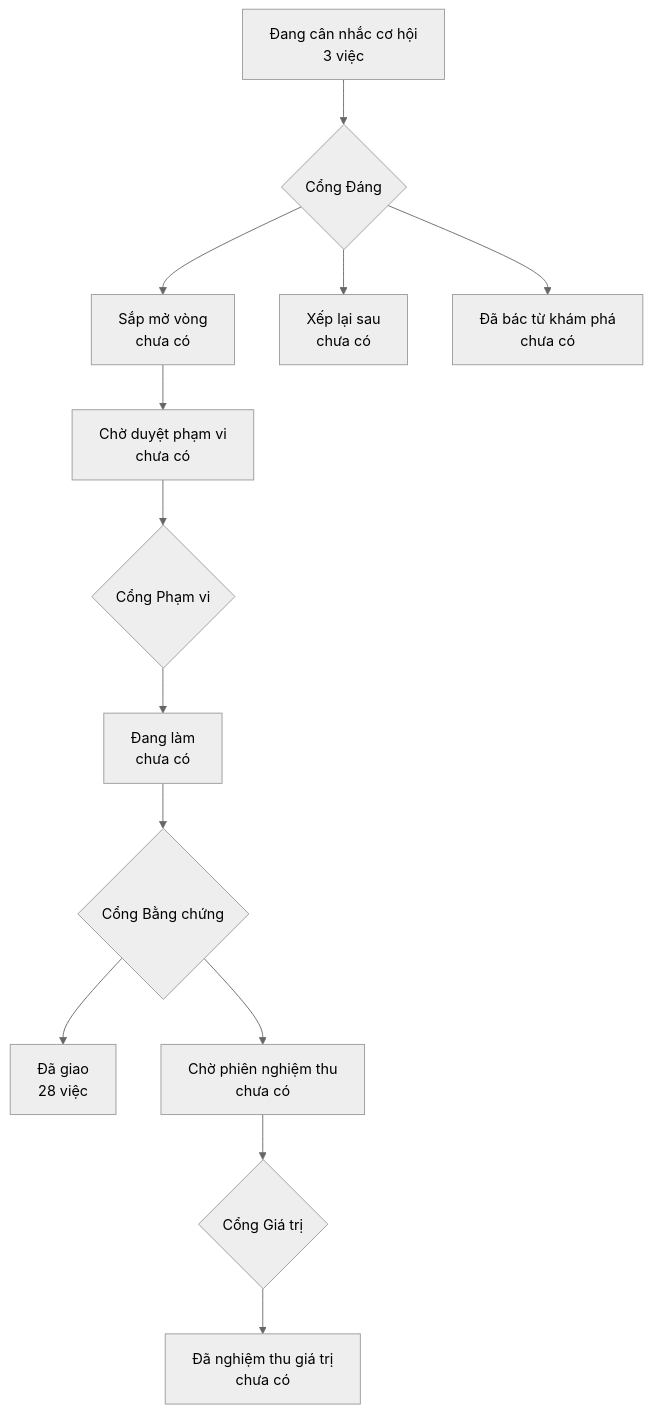
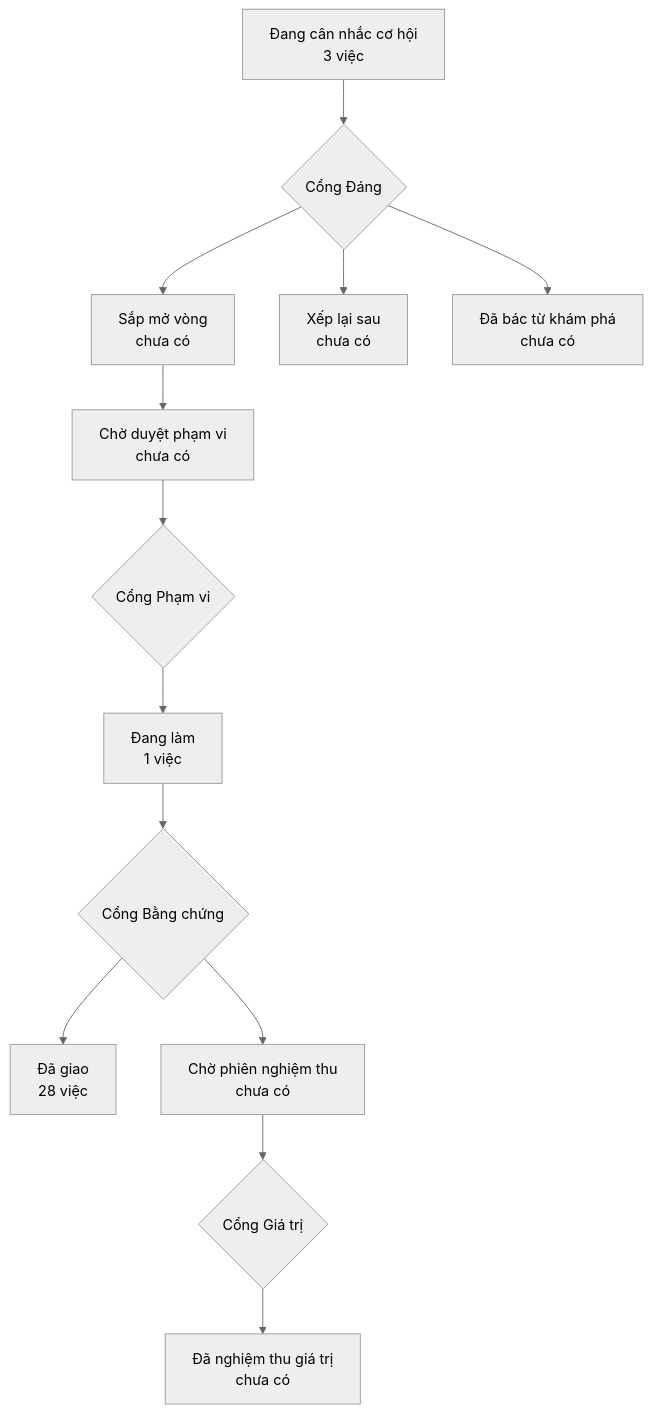
Before and after one commit to phanlemanh/OneFlow: the diagram in PRODUCT-MAP.md, drawn with Mermaid (neutral theme). The commit also changed other lines of this file and 8 other files, not shown here.

````diff
--- a/PRODUCT-MAP.md
+++ b/PRODUCT-MAP.md
@@ -6,12 +6,12 @@
 ```mermaid
 flowchart TD
   A["Đang cân nhắc cơ hội<br/>3 việc"] --> GD{"Cổng Đáng"}
   GD --> B["Sắp mở vòng<br/>chưa có"]
   GD --> XL["Xếp lại sau<br/>chưa có"]
   GD --> DB["Đã bác từ khám phá<br/>chưa có"]
   B --> CD["Chờ duyệt phạm vi<br/>chưa có"] --> GP{"Cổng Phạm vi"}
-  GP --> DL["Đang làm<br/>chưa có"] --> GB{"Cổng Bằng chứng"}
+  GP --> DL["Đang làm<br/>1 việc"] --> GB{"Cổng Bằng chứng"}
   GB --> DG["Đã giao<br/>28 việc"]
   GB --> CN["Chờ phiên nghiệm thu<br/>chưa có"] --> GG{"Cổng Giá trị"}
   GG --> NT["Đã nghiệm thu giá trị<br/>chưa có"]
 ```
````
